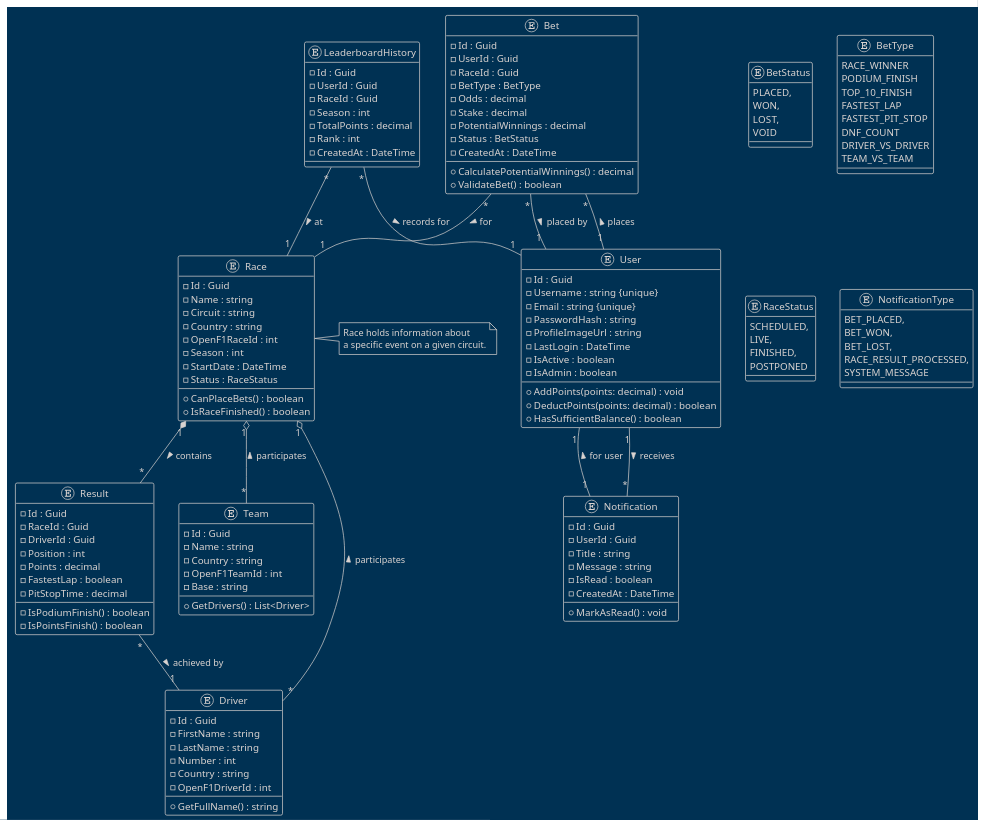
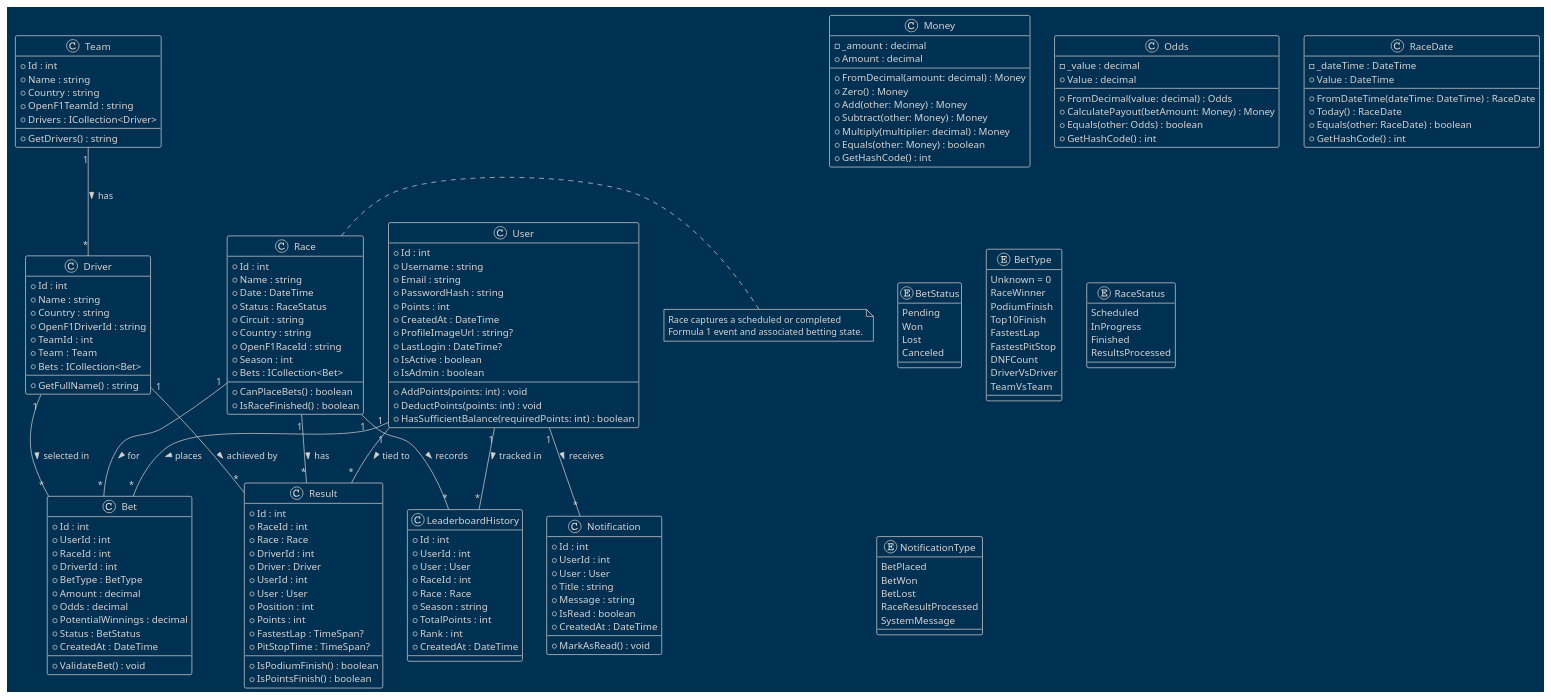
One commit to micjaw310589/f1-betting-game changed the diagram in docs/architecture/class_diagram.puml. Above: the diagram before and after it, drawn with PlantUML. The commit also changed 15 other files, not shown here.

First line of the commit message:
Update architecture and sequence PlantUML diagrams

```diff
--- a/docs/architecture/class_diagram.puml
+++ b/docs/architecture/class_diagram.puml
@@ -1,167 +1,198 @@
 @startuml F1BettingGame_DomainModel
 !theme blueprint
 
-' === Entities ===
-entity User {
-  - Id : Guid
-  - Username : string {unique}
-  - Email : string {unique}
-  - PasswordHash : string
-  - ProfileImageUrl : string
-  - LastLogin : DateTime
-  - IsActive : boolean
-  - IsAdmin : boolean
-  --
-  + AddPoints(points: decimal) : void
-  + DeductPoints(points: decimal) : boolean
-  + HasSufficientBalance() : boolean
+' === Value Objects ===
+class Money {
+  - _amount : decimal
+  + Amount : decimal
+  + FromDecimal(amount: decimal) : Money
+  + Zero() : Money
+  + Add(other: Money) : Money
+  + Subtract(other: Money) : Money
+  + Multiply(multiplier: decimal) : Money
+  + Equals(other: Money) : boolean
+  + GetHashCode() : int
 }
 
-entity Race {
-  - Id : Guid
-  - Name : string
-  - Circuit : string
-  - Country : string
-  - OpenF1RaceId : int
-  - Season : int
-  - StartDate : DateTime
-  - Status : RaceStatus
+class Odds {
+  - _value : decimal
+  + Value : decimal
+  + FromDecimal(value: decimal) : Odds
+  + CalculatePayout(betAmount: Money) : Money
+  + Equals(other: Odds) : boolean
+  + GetHashCode() : int
+}
+
+class RaceDate {
+  - _dateTime : DateTime
+  + Value : DateTime
+  + FromDateTime(dateTime: DateTime) : RaceDate
+  + Today() : RaceDate
+  + Equals(other: RaceDate) : boolean
+  + GetHashCode() : int
+}
+
+' === Entities ===
+class User {
+  + Id : int
+  + Username : string
+  + Email : string
+  + PasswordHash : string
+  + Points : int
+  + CreatedAt : DateTime
+  + ProfileImageUrl : string?
+  + LastLogin : DateTime?
+  + IsActive : boolean
+  + IsAdmin : boolean
+  --
+  + AddPoints(points: int) : void
+  + DeductPoints(points: int) : void
+  + HasSufficientBalance(requiredPoints: int) : boolean
+}
+
+class Race {
+  + Id : int
+  + Name : string
+  + Date : DateTime
+  + Status : RaceStatus
+  + Circuit : string
+  + Country : string
+  + OpenF1RaceId : string
+  + Season : int
+  + Bets : ICollection<Bet>
   --
   + CanPlaceBets() : boolean
   + IsRaceFinished() : boolean
 }
 
-entity Driver {
-  - Id : Guid
-  - FirstName : string
-  - LastName : string
-  - Number : int
-  - Country : string
-  - OpenF1DriverId : int
+class Driver {
+  + Id : int
+  + Name : string
+  + Country : string
+  + OpenF1DriverId : string
+  + TeamId : int
+  + Team : Team
+  + Bets : ICollection<Bet>
   --
   + GetFullName() : string
 }
 
-entity Team {
-  - Id : Guid
-  - Name : string
-  - Country : string
-  - OpenF1TeamId : int
-  - Base : string
+class Team {
+  + Id : int
+  + Name : string
+  + Country : string
+  + OpenF1TeamId : string
+  + Drivers : ICollection<Driver>
   --
-  + GetDrivers() : List<Driver>
+  + GetDrivers() : string
 }
 
-entity Bet {
-  - Id : Guid
-  - UserId : Guid
-  - RaceId : Guid
-  - BetType : BetType
-  - Odds : decimal
-  - Stake : decimal
-  - PotentialWinnings : decimal
-  - Status : BetStatus
-  - CreatedAt : DateTime
+class Bet {
+  + Id : int
+  + UserId : int
+  + RaceId : int
+  + DriverId : int
+  + BetType : BetType
+  + Amount : decimal
+  + Odds : decimal
+  + PotentialWinnings : decimal
+  + Status : BetStatus
+  + CreatedAt : DateTime
   --
-  + CalculatePotentialWinnings() : decimal
-  + ValidateBet() : boolean
+  + ValidateBet() : void
 }
 
-entity Result {
-  - Id : Guid
-  - RaceId : Guid
-  - DriverId : Guid
-  - Position : int
-  - Points : decimal
-  - FastestLap : boolean
-  - PitStopTime : decimal
-  - IsPodiumFinish() : boolean
-  - IsPointsFinish() : boolean
+class Result {
+  + Id : int
+  + RaceId : int
+  + Race : Race
+  + DriverId : int
+  + Driver : Driver
+  + UserId : int
+  + User : User
+  + Position : int
+  + Points : int
+  + FastestLap : TimeSpan?
+  + PitStopTime : TimeSpan?
+  --
+  + IsPodiumFinish() : boolean
+  + IsPointsFinish() : boolean
 }
 
-entity LeaderboardHistory {
-  - Id : Guid
-  - UserId : Guid
-  - RaceId : Guid
-  - Season : int
-  - TotalPoints : decimal
-  - Rank : int
-  - CreatedAt : DateTime
+class LeaderboardHistory {
+  + Id : int
+  + UserId : int
+  + User : User
+  + RaceId : int
+  + Race : Race
+  + Season : string
+  + TotalPoints : int
+  + Rank : int
+  + CreatedAt : DateTime
 }
 
-entity Notification {
-  - Id : Guid
-  - UserId : Guid
-  - Title : string
-  - Message : string
-  - IsRead : boolean
-  - CreatedAt : DateTime
+class Notification {
+  + Id : int
+  + UserId : int
+  + User : User
+  + Title : string
+  + Message : string
+  + IsRead : boolean
+  + CreatedAt : DateTime
   --
   + MarkAsRead() : void
 }
 
-' === Enums (Conceptual) ===
+' === Enums ===
 enum BetStatus {
-  PLACED,
-  WON,
-  LOST,
-  VOID
+  Pending
+  Won
+  Lost
+  Canceled
 }
+
 enum BetType {
-  RACE_WINNER
-  PODIUM_FINISH
-  TOP_10_FINISH
-  FASTEST_LAP
-  FASTEST_PIT_STOP
-  DNF_COUNT
-  DRIVER_VS_DRIVER
-  TEAM_VS_TEAM
+  Unknown = 0
+  RaceWinner
+  PodiumFinish
+  Top10Finish
+  FastestLap
+  FastestPitStop
+  DNFCount
+  DriverVsDriver
+  TeamVsTeam
 }
+
 enum RaceStatus {
-  SCHEDULED,
-  LIVE,
-  FINISHED,
-  POSTPONED
+  Scheduled
+  InProgress
+  Finished
+  ResultsProcessed
 }
+
 enum NotificationType {
-  BET_PLACED,
-  BET_WON,
-  BET_LOST,
-  RACE_RESULT_PROCESSED,
-  SYSTEM_MESSAGE
+  BetPlaced
+  BetWon
+  BetLost
+  RaceResultProcessed
+  SystemMessage
 }
 
 ' === Relationships ===
+User "1" -- "*" Bet : places >
+User "1" -- "*" Notification : receives >
+User "1" -- "*" LeaderboardHistory : tracked in >
+User "1" -- "*" Result : tied to >
+Race "1" -- "*" Bet : for >
+Race "1" -- "*" Result : has >
+Race "1" -- "*" LeaderboardHistory : records >
+Team "1" -- "*" Driver : has >
+Driver "1" -- "*" Bet : selected in >
+Driver "1" -- "*" Result : achieved by >
 
-' User to Bet
-User "1" -- "*" Bet : places >
-
-' User to Notification
-User "1" -- "*" Notification : receives >
-
-' Race structure
-Race "1" o-- "*" Driver : participates <
-Race "1" o-- "*" Team : participates <
-Race "1" *-- "*" Result : contains >
-
-' Bet relationships
-Bet "*" -- "1" Race : for >
-Bet "*" -- "1" User : placed by >
-
-' Result relationships
-Result "*" -- "1" Driver : achieved by >
-
-' LeaderboardHistory relationships
-LeaderboardHistory "*" -- "1" User : records for >
-LeaderboardHistory "*" -- "1" Race : at >
-
-' Notification depends on User
-Notification "1" -- "1" User : for user >
-
-' General Relationship:
 note right of Race
-  Race holds information about
-  a specific event on a given circuit.
+  Race captures a scheduled or completed
+  Formula 1 event and associated betting state.
 end note
 
 @enduml
```
